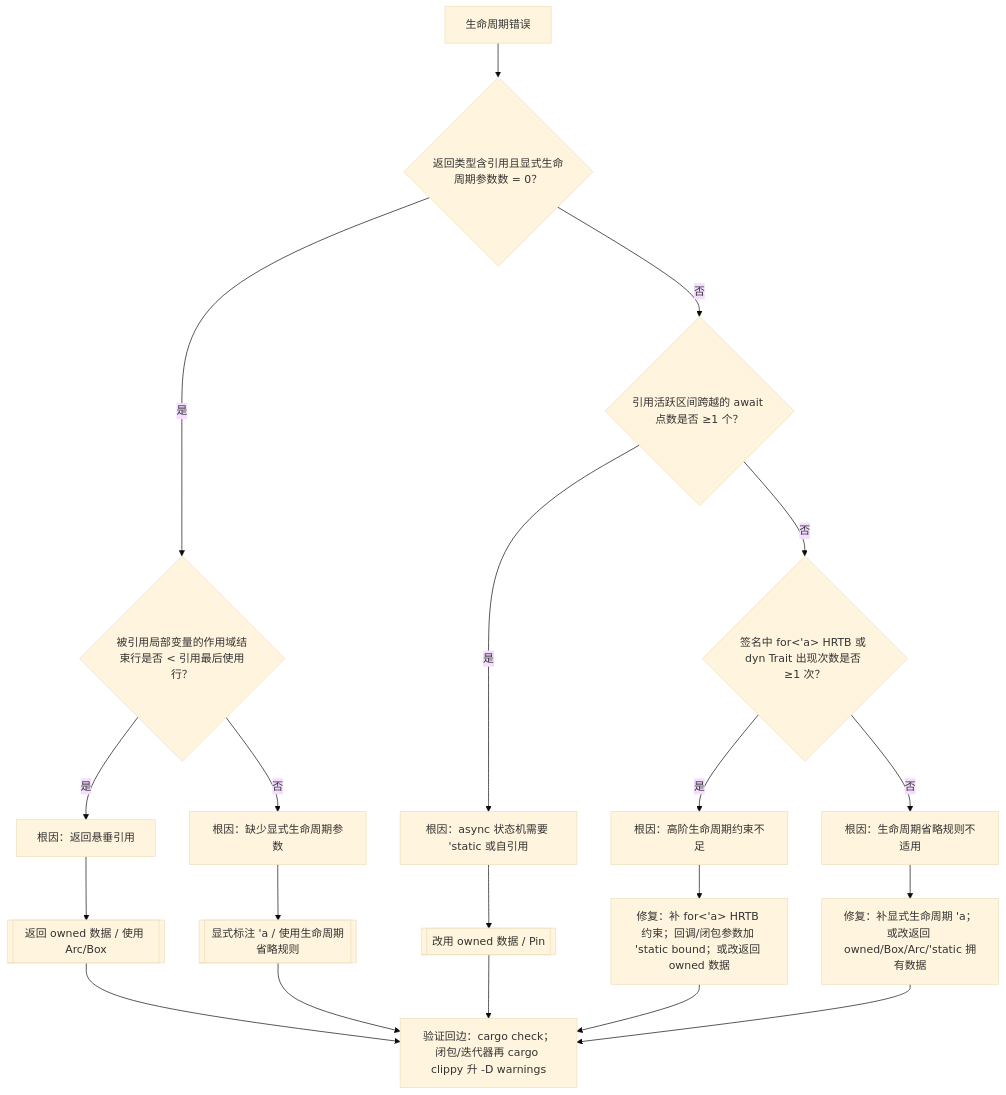
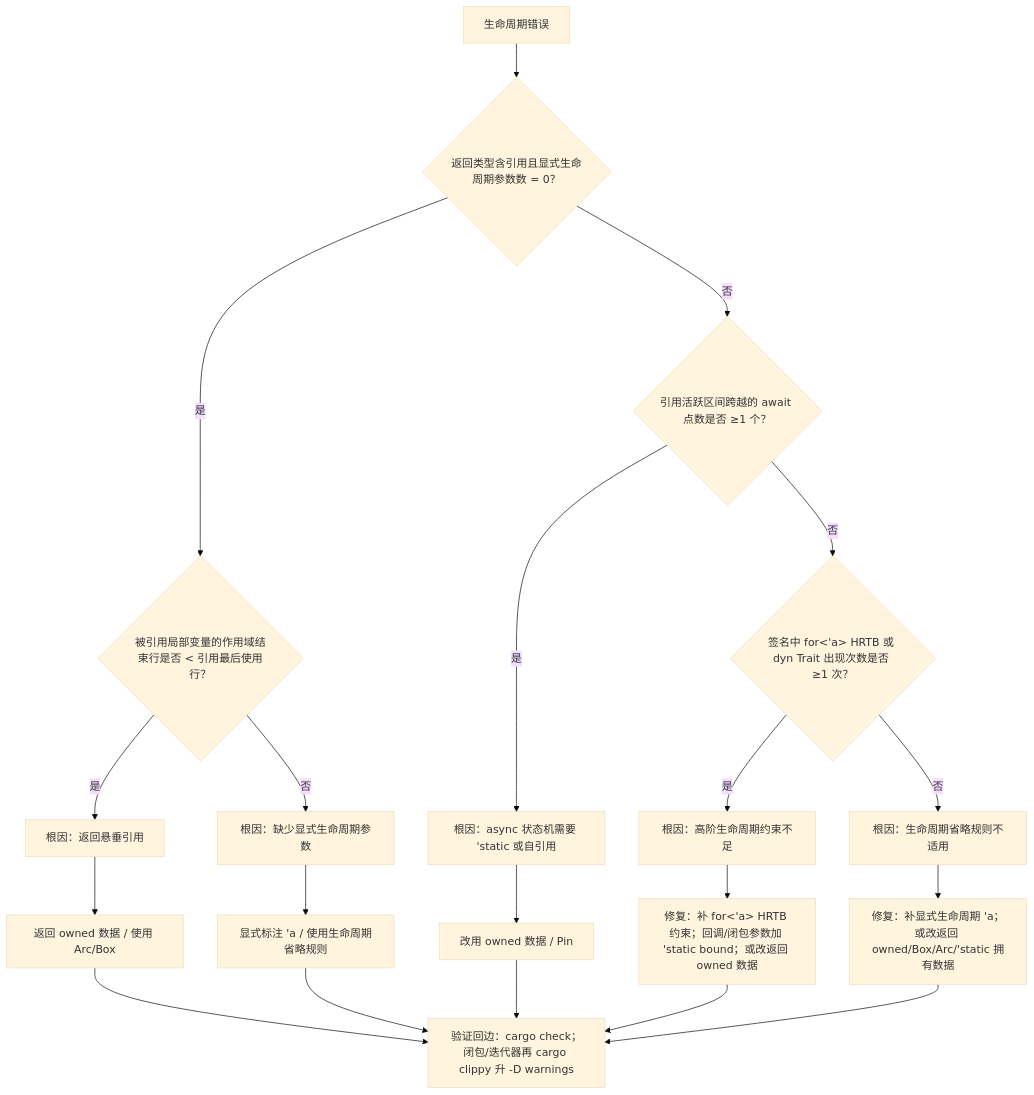
One commit to martin-ly/rust-lang changed the second of 6 diagrams in concept/00_meta/knowledge_topology/09_reasoning_judgment_tree_atlas.md. Above: the diagram before and after it, drawn with Mermaid (base theme). The commit also changed other lines of this file and 78 other files, not shown here.

````diff
--- a/concept/00_meta/knowledge_topology/09_reasoning_judgment_tree_atlas.md
+++ b/concept/00_meta/knowledge_topology/09_reasoning_judgment_tree_atlas.md
@@ -63,22 +63,22 @@
 ```mermaid
 flowchart TD
     L[生命周期错误] --> Q1{"返回类型含引用且显式生命周期参数数 = 0？"}
     Q1 -->|是| Q2{"被引用局部变量的作用域结束行是否 < 引用最后使用行？"}
     Q2 -->|是| R1[根因：返回悬垂引用]
     Q2 -->|否| R2[根因：缺少显式生命周期参数]
     Q1 -->|否| Q3{"引用活跃区间跨越的 await 点数是否 ≥1 个？"}
     Q3 -->|是| R3[根因：async 状态机需要 'static 或自引用]
     Q3 -->|否| Q4{"签名中 for<'a> HRTB 或 dyn Trait 出现次数是否 ≥1 次？"}
     Q4 -->|是| R4[根因：高阶生命周期约束不足]
     Q4 -->|否| R5[根因：生命周期省略规则不适用]
-    R1 --> F1[[返回 owned 数据 / 使用 Arc/Box]]
-    R2 --> F2[[显式标注 'a / 使用生命周期省略规则]]
-    R3 --> F3[[改用 owned 数据 / Pin]]
+    R1 --> F1[返回 owned 数据 / 使用 Arc/Box]
+    R2 --> F2[显式标注 'a / 使用生命周期省略规则]
+    R3 --> F3[改用 owned 数据 / Pin]
     R4 --> F4[修复：补 for<'a> HRTB 约束；回调/闭包参数加 'static bound；或改返回 owned 数据]
     R5 --> F5[修复：补显式生命周期 'a；或改返回 owned/Box/Arc/'static 拥有数据]
     F1 --> V2[验证回边：cargo check；闭包/迭代器再 cargo clippy 升 -D warnings]
     F2 --> V2
     F3 --> V2
     F4 --> V2
     F5 --> V2
 ```
````
